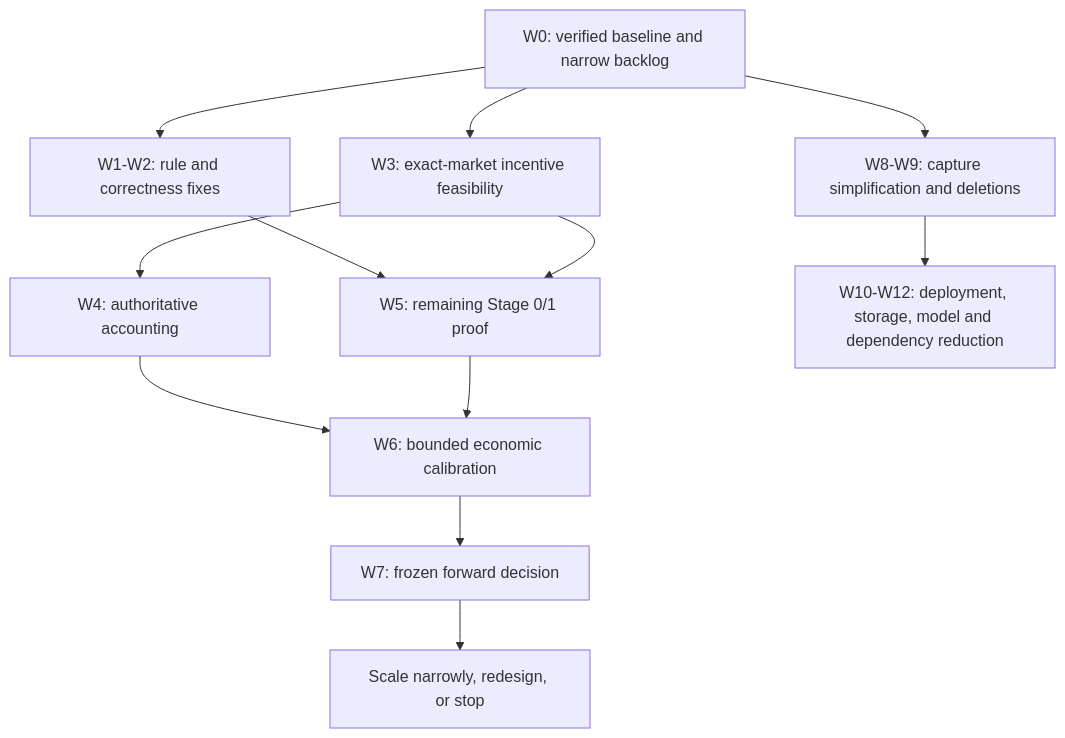
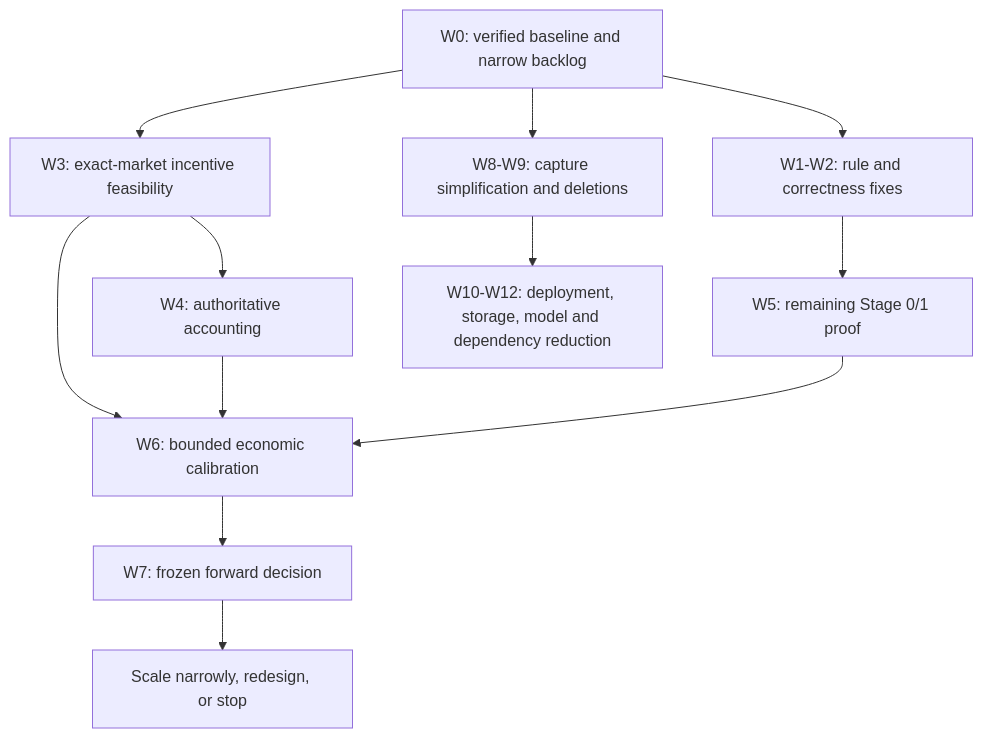
The diagram in docs/roadmap/items/item-330-maker-economics-refocus-master-plan.md (michaelbooth1/weather), drawn with Mermaid before and after one commit. The commit also changed other lines of this file and 9 other files, not shown here.

````diff
--- a/docs/roadmap/items/item-330-maker-economics-refocus-master-plan.md
+++ b/docs/roadmap/items/item-330-maker-economics-refocus-master-plan.md
@@ -159,14 +168,14 @@
 ```mermaid
 flowchart TD
     A[W0: verified baseline and narrow backlog] --> B[W1-W2: rule and correctness fixes]
     A --> C[W3: exact-market incentive feasibility]
     C --> D[W4: authoritative accounting]
     B --> E[W5: remaining Stage 0/1 proof]
-    C --> E
+    C --> F
     D --> F[W6: bounded economic calibration]
     E --> F
     F --> G[W7: frozen forward decision]
     G --> H[Scale narrowly, redesign, or stop]
     A --> I[W8-W9: capture simplification and deletions]
     I --> J[W10-W12: deployment, storage, model and dependency reduction]
 ```
````
